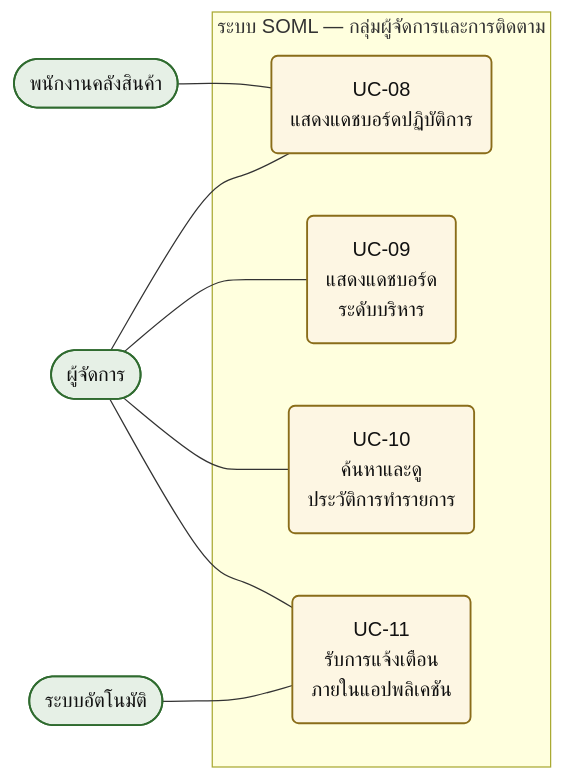
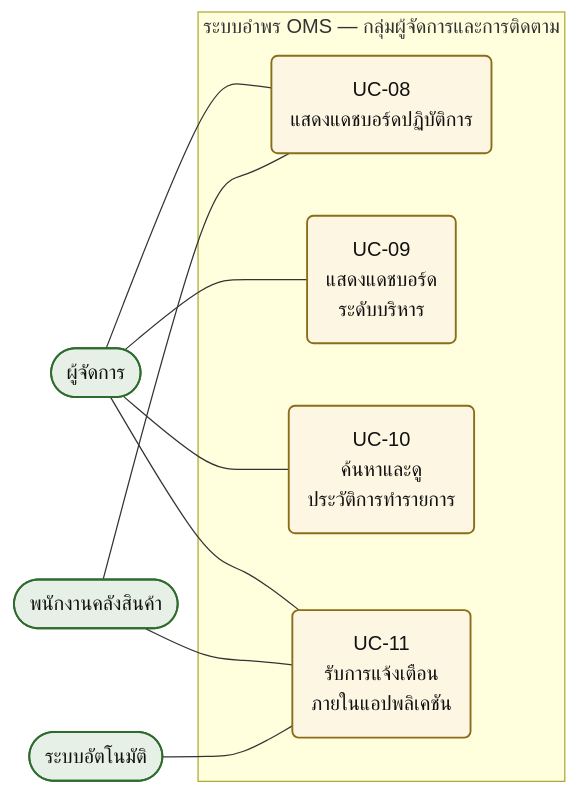
One commit to TriratWongsit/soml-pos-inventory changed the diagram in Documents/assets/diagrams/fig3-09_uc_manager.mmd. Above: the diagram before and after it, drawn with Mermaid. The commit also changed 861 other files, not shown here.

```diff
--- a/Documents/assets/diagrams/fig3-09_uc_manager.mmd
+++ b/Documents/assets/diagrams/fig3-09_uc_manager.mmd
@@ -1,20 +1,21 @@
 flowchart LR
     MGR(["ผู้จัดการ"])
     WH(["พนักงานคลังสินค้า"])
     SYSA(["ระบบอัตโนมัติ"])
-    subgraph SYS["ระบบ SOML — กลุ่มผู้จัดการและการติดตาม"]
+    subgraph SYS["ระบบอำพร OMS — กลุ่มผู้จัดการและการติดตาม"]
         UC8("UC-08<br/>แสดงแดชบอร์ดปฏิบัติการ")
         UC9("UC-09<br/>แสดงแดชบอร์ด<br/>ระดับบริหาร")
         UC10("UC-10<br/>ค้นหาและดู<br/>ประวัติการทำรายการ")
         UC11("UC-11<br/>รับการแจ้งเตือน<br/>ภายในแอปพลิเคชัน")
     end
     MGR --- UC8
     WH --- UC8
     MGR --- UC9
     MGR --- UC10
     MGR --- UC11
+    WH --- UC11
     SYSA --- UC11
     classDef actor fill:#e6f0e6,stroke:#2f6b2f,stroke-width:1.5px,color:#111
     classDef uc fill:#fdf6e3,stroke:#8a6d1a,stroke-width:1.5px,color:#111
     class MGR,WH,SYSA actor
     class UC8,UC9,UC10,UC11 uc
```
